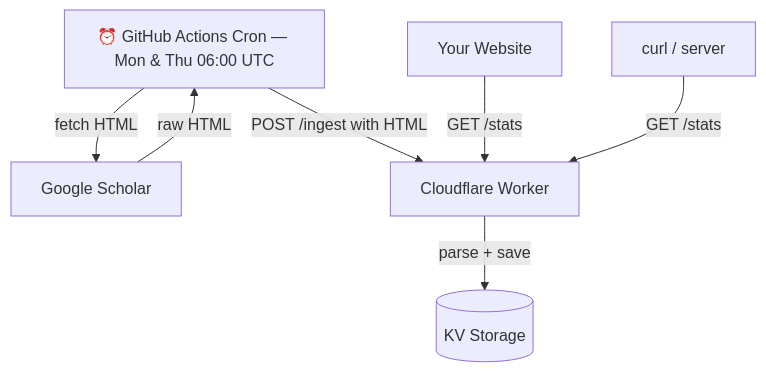
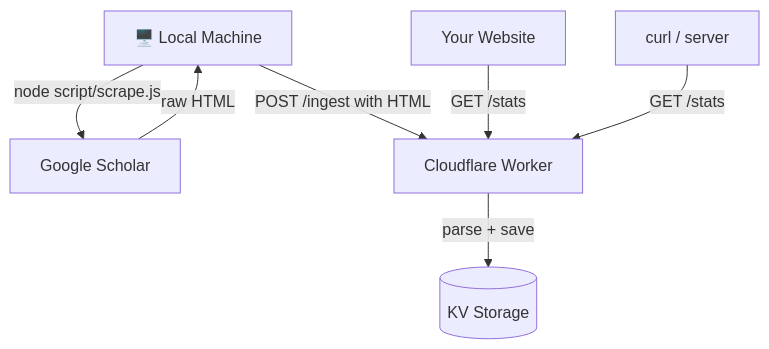
Before and after one commit to ratul16/google-scholar-scarper: the first of 3 diagrams in README.md, drawn with Mermaid. The commit also changed other lines of this file and 3 other files, not shown here.

Commit message:
refactor: remove GitHub Actions workflow and update documentation for local scraping

````diff
--- a/README.md
+++ b/README.md
@@ -9,9 +9,9 @@
 ```mermaid
 flowchart TD
-    A[⏰ GitHub Actions Cron — Mon & Thu 06:00 UTC] -->|fetch HTML| B[Google Scholar]
+    A[🖥️ Local Machine] -->|node script/scrape.js| B[Google Scholar]
     B -->|raw HTML| A
     A -->|POST /ingest with HTML| C[Cloudflare Worker]
     C -->|parse + save| D[(KV Storage)]
     E[Your Website] -->|GET /stats| C
     F[curl / server] -->|GET /stats| C
 ```
````
